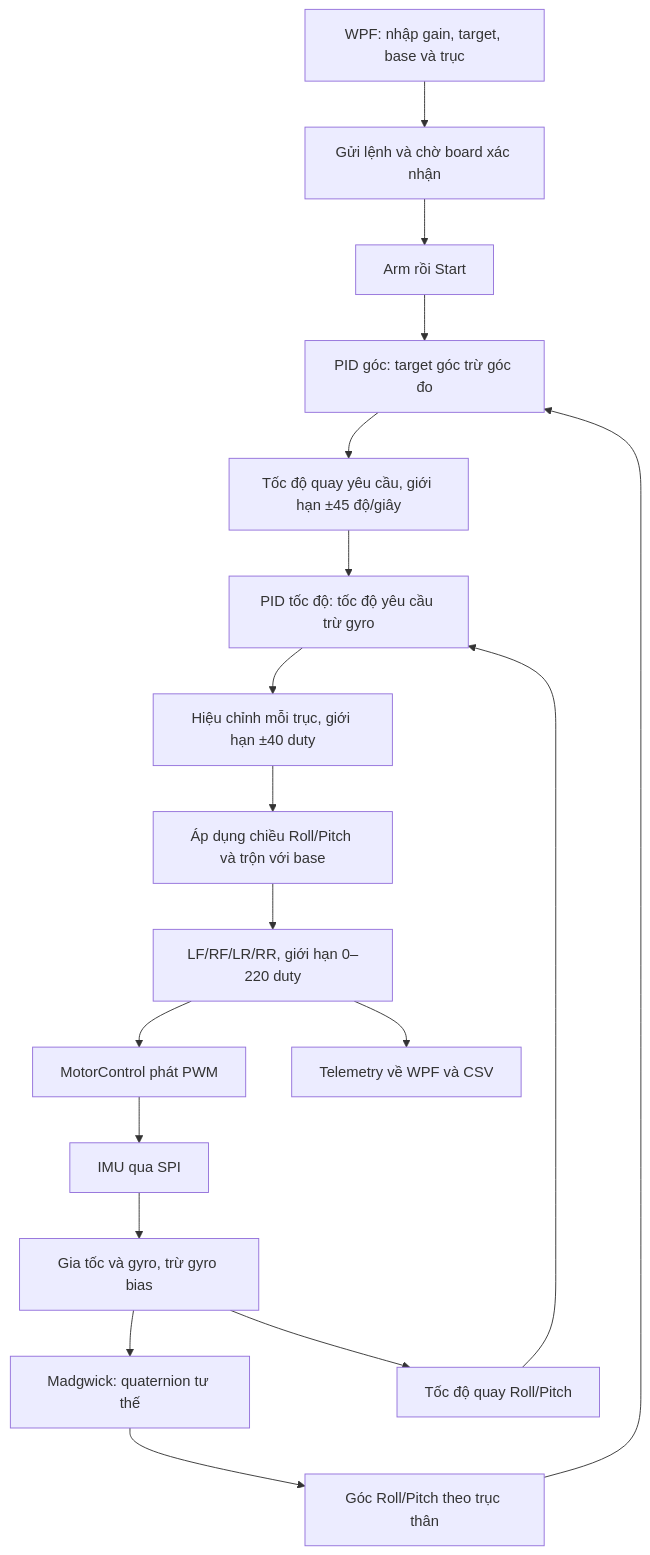
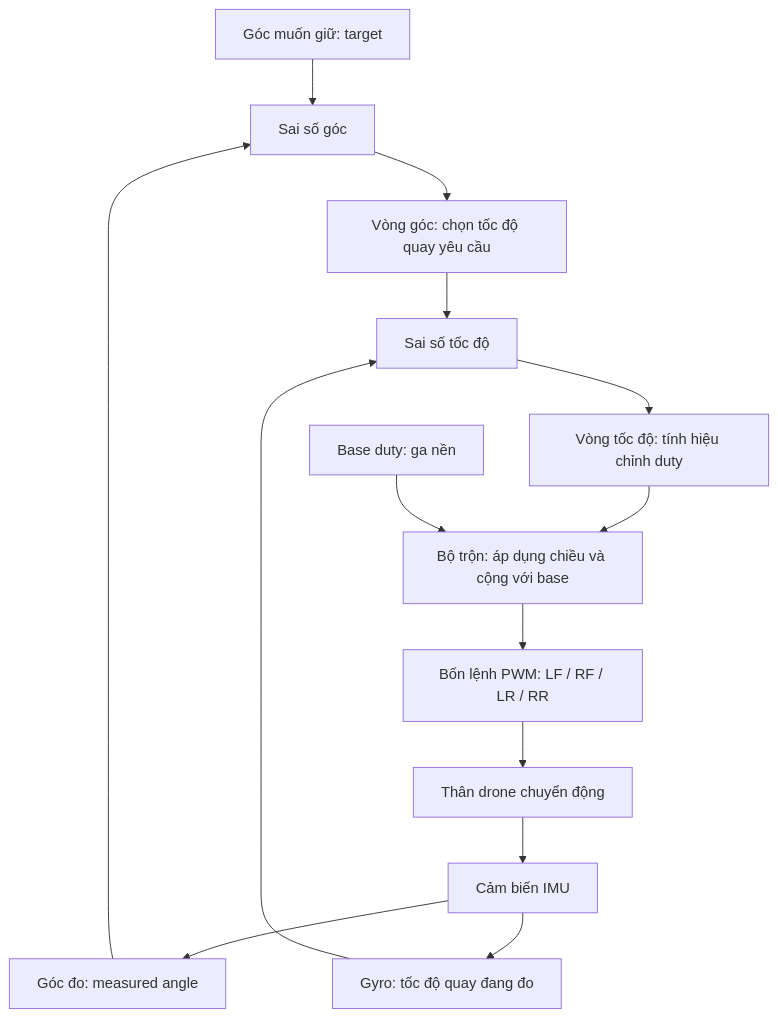
One commit to hlqkhanh/MiniDrone changed the diagram in doc/vi/huong-dan-field-pid-wpf.md. Above: the diagram before and after it, drawn with Mermaid. The commit also changed other lines of this file and 6 other files, not shown here.

````diff
--- a/doc/vi/huong-dan-field-pid-wpf.md
+++ b/doc/vi/huong-dan-field-pid-wpf.md
@@ -39,20 +176,16 @@
 ```mermaid
 flowchart TD
-    UI[WPF: nhập gain, target, base và trục] --> CMD[Gửi lệnh và chờ board xác nhận]
-    CMD --> ARM[Arm rồi Start]
-    IMU[IMU qua SPI] --> RAW[Gia tốc và gyro, trừ gyro bias]
-    RAW --> Q[Madgwick: quaternion tư thế]
-    Q --> ANG[Góc Roll/Pitch theo trục thân]
-    RAW --> RATE[Tốc độ quay Roll/Pitch]
-    ANG --> OUTER[PID góc: target góc trừ góc đo]
-    ARM --> OUTER
-    OUTER --> TR[Tốc độ quay yêu cầu, giới hạn ±45 độ/giây]
-    TR --> INNER[PID tốc độ: tốc độ yêu cầu trừ gyro]
-    RATE --> INNER
-    INNER --> CORR[Hiệu chỉnh mỗi trục, giới hạn ±40 duty]
-    CORR --> MIX[Áp dụng chiều Roll/Pitch và trộn với base]
-    MIX --> DUTY[LF/RF/LR/RR, giới hạn 0–220 duty]
-    DUTY --> MOTOR[MotorControl phát PWM]
-    MOTOR --> IMU
-    DUTY --> DATA[Telemetry về WPF và CSV]
+    T[Góc muốn giữ: target] --> E[Sai số góc]
+    IMU[Cảm biến IMU] --> A[Góc đo: measured angle]
+    A --> E
+    E --> O[Vòng góc: chọn tốc độ quay yêu cầu]
+    O --> R[Sai số tốc độ]
+    IMU --> G[Gyro: tốc độ quay đang đo]
+    G --> R
+    R --> I[Vòng tốc độ: tính hiệu chỉnh duty]
+    I --> M[Bộ trộn: áp dụng chiều và cộng với base]
+    B[Base duty: ga nền] --> M
+    M --> D[Bốn lệnh PWM: LF / RF / LR / RR]
+    D --> BODY[Thân drone chuyển động]
+    BODY --> IMU
 ```
````
